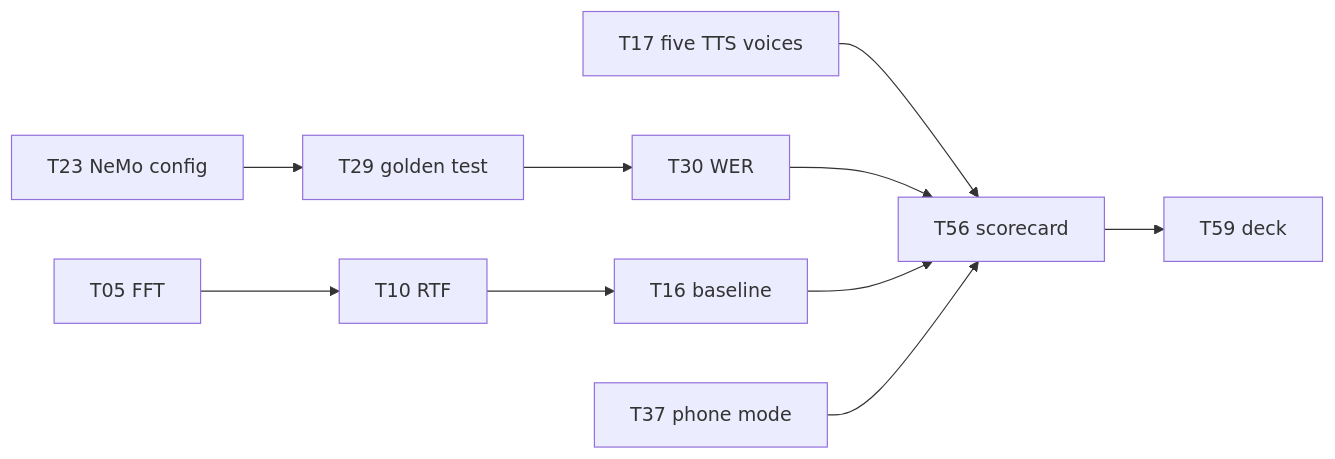
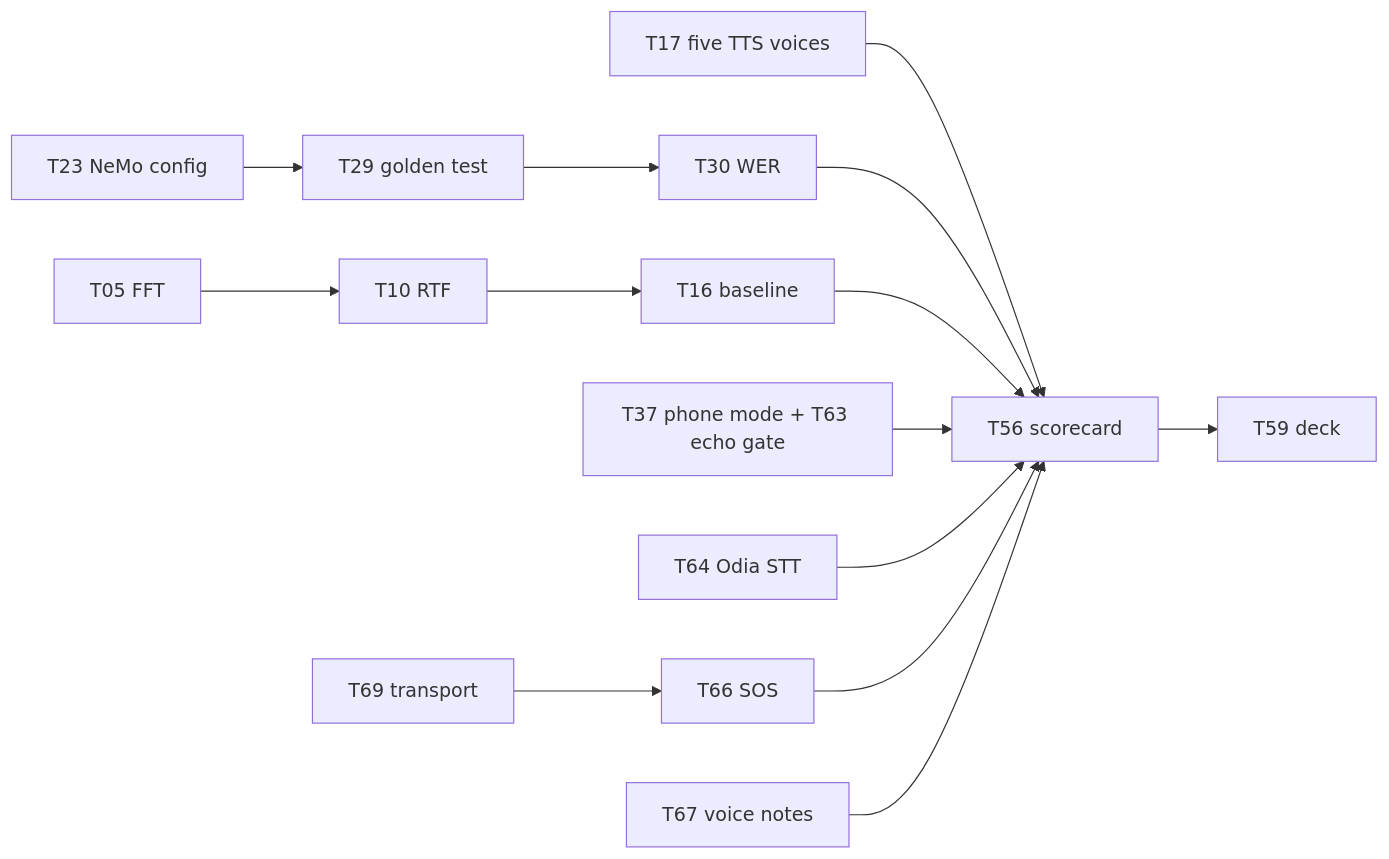
Before and after one commit to Precise-Goals/iTantra-Communication-Ecosystem: the diagram in docs/TASKS.md, drawn with Mermaid. The commit also changed other lines of this file and 6 other files, not shown here.

````diff
--- a/docs/TASKS.md
+++ b/docs/TASKS.md
@@ -309,12 +357,16 @@
 ```mermaid
 flowchart LR
   T05["T05 FFT"] --> T10["T10 RTF"]
   T10 --> T16["T16 baseline"]
   T17["T17 five TTS voices"] --> T56["T56 scorecard"]
   T23["T23 NeMo config"] --> T29["T29 golden test"]
   T29 --> T30["T30 WER"]
   T30 --> T56
   T16 --> T56
-  T37["T37 phone mode"] --> T56
+  T37["T37 phone mode + T63 echo gate"] --> T56
+  T64["T64 Odia STT"] --> T56
+  T69["T69 transport"] --> T66["T66 SOS"]
+  T66 --> T56
+  T67["T67 voice notes"] --> T56
   T56 --> T59["T59 deck"]
 ```
````
